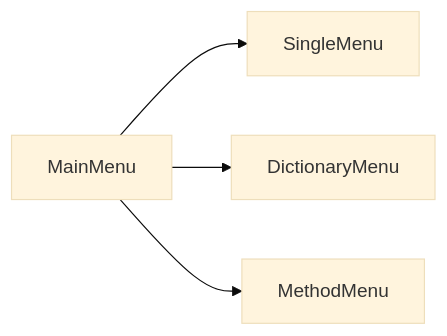
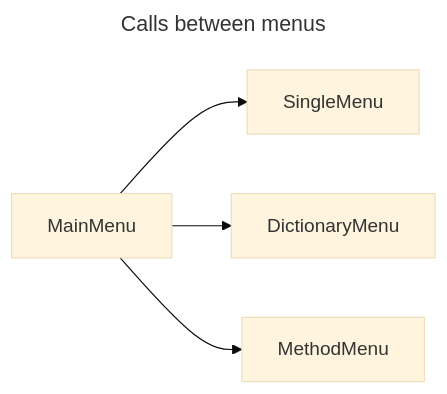
One commit to fredyrp/Menus changed the first of 2 diagrams in readme.md. Above: the diagram before and after it, drawn with Mermaid (base theme). The commit also changed other lines of this file, not shown here.

Commit message:
The readme file is modified to add the sequence diagram for phase I, and each phase is added as a subtitle.

````diff
--- a/readme.md
+++ b/readme.md
@@ -22,6 +24,9 @@
 ```mermaid
+---
+title: Calls between menus
+---
 graph LR;
     MainMenu --> SingleMenu;
     MainMenu --> DictionaryMenu;
     MainMenu --> MethodMenu;
 ```
````
